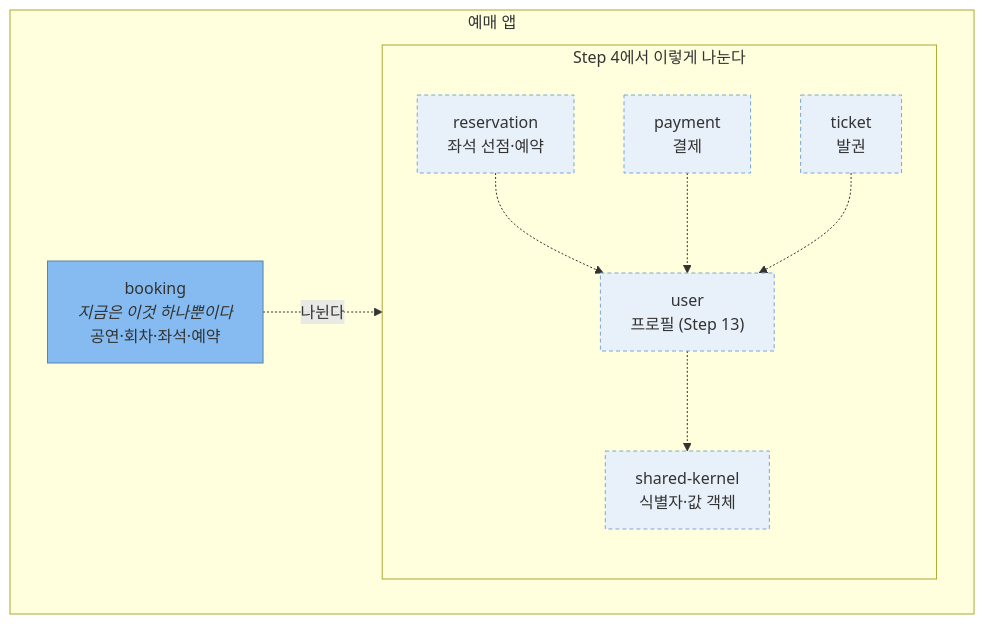
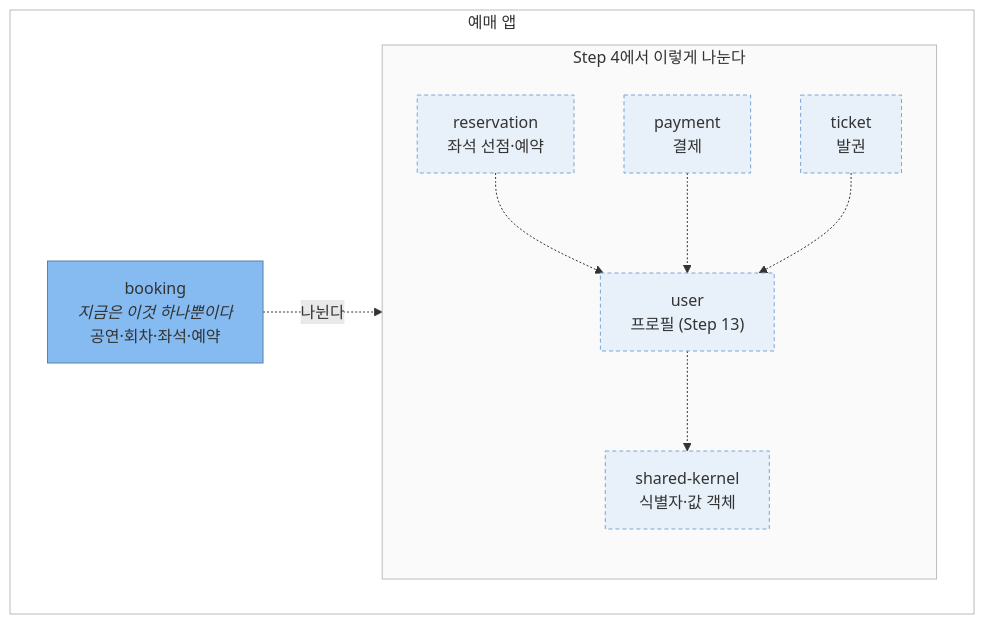
The third of 3 diagrams in ai_docs/ARCHITECTURE.md (xoruddl/ticketing), drawn with Mermaid before and after one commit. The commit also changed other lines of this file, not shown here.

Commit message:
docs: 다이어그램의 배경색과 줄바꿈을 고친다

````diff
--- a/ai_docs/ARCHITECTURE.md
+++ b/ai_docs/ARCHITECTURE.md
@@ -85,25 +87,27 @@
 ```mermaid
 flowchart TB
     subgraph 앱["예매 앱"]
         booking["booking<br/><i>지금은 이것 하나뿐이다</i><br/>공연·회차·좌석·예약"]
 
         subgraph 예정["Step 4에서 이렇게 나눈다"]
             reservation["reservation<br/>좌석 선점·예약"]
             payment["payment<br/>결제"]
             ticket["ticket<br/>발권"]
             user["user<br/>프로필 (Step 13)"]
             sharedkernel["shared-kernel<br/>식별자·값 객체"]
         end
     end
 
     booking -.->|"나뉜다"| 예정
     reservation -.-> user
     payment -.-> user
     ticket -.-> user
     user -.-> sharedkernel
 
     classDef component fill:#85bbf0,stroke:#5d82a8,color:#333
     classDef planned fill:#e8f0f9,stroke:#7aa6d6,color:#333,stroke-dasharray:4 3
     class booking component
     class reservation,payment,ticket,user,sharedkernel planned
+    style 앱 fill:#fff,stroke:#bbb,color:#333
+    style 예정 fill:#fafafa,stroke:#bbb,color:#333
 ```
````
